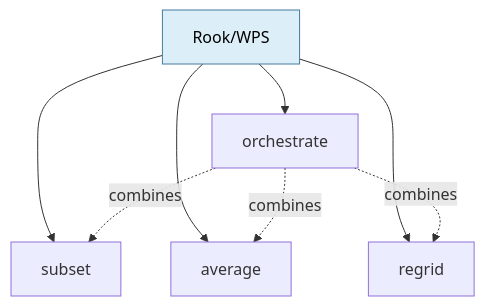
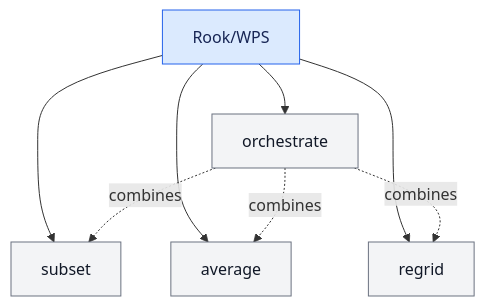
Before and after one commit to roocs/rook: the second of 11 diagrams in Rook_WPS_ESGF2_talk_draft.md, drawn with Mermaid. The commit also changed other lines of this file and 12 other files, not shown here.

````diff
--- a/Rook_WPS_ESGF2_talk_draft.md
+++ b/Rook_WPS_ESGF2_talk_draft.md
@@ -64,13 +70,15 @@
 ```mermaid
 flowchart TD
     Rook["Rook/WPS"] --> Subset["subset"]
     Rook --> Average["average"]
     Rook --> Regrid["regrid"]
     Rook --> Orchestrate["orchestrate"]
 
     Orchestrate -.->|"combines"| Subset
     Orchestrate -.->|"combines"| Average
     Orchestrate -.->|"combines"| Regrid
 
-    style Rook fill:#dceef8,stroke:#457b9d,color:#000
+    classDef default fill:#f3f4f6,stroke:#6b7280,color:#111827
+    classDef rook fill:#dbeafe,stroke:#2563eb,color:#172554
+    class Rook rook
 ```
````
